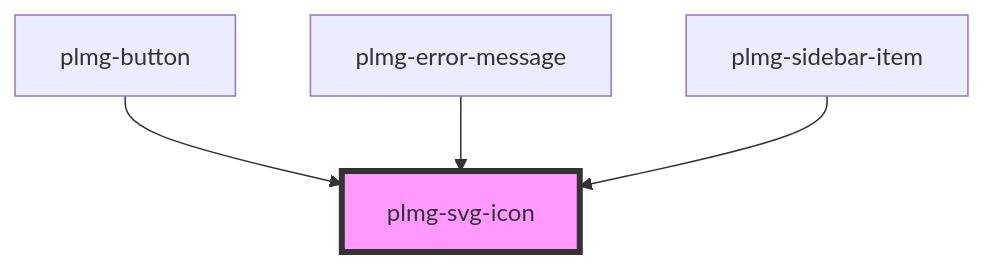
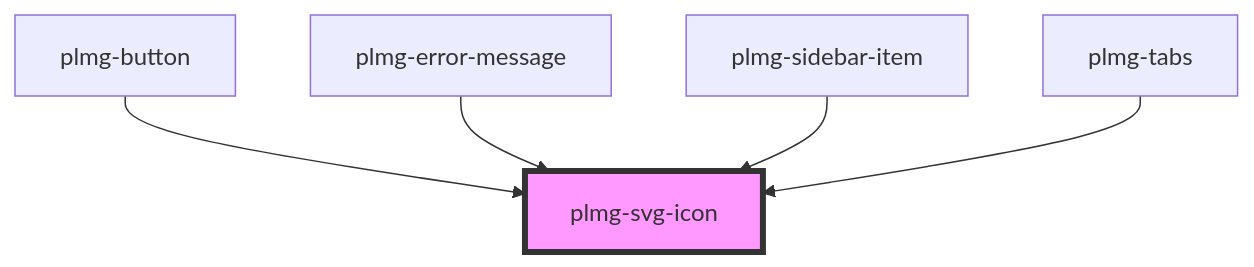
Before and after one commit to DuckyTeam/Plumage: the diagram in packages/component-library/src/components/plmg-svg-icon/readme.md, drawn with Mermaid. The commit also changed other lines of this file and 7 other files, not shown here.

````diff
--- a/packages/component-library/src/components/plmg-svg-icon/readme.md
+++ b/packages/component-library/src/components/plmg-svg-icon/readme.md
@@ -26,7 +27,8 @@
 ```mermaid
 graph TD;
   plmg-button --> plmg-svg-icon
   plmg-error-message --> plmg-svg-icon
   plmg-sidebar-item --> plmg-svg-icon
+  plmg-tabs --> plmg-svg-icon
   style plmg-svg-icon fill:#f9f,stroke:#333,stroke-width:4px
 ```
````
